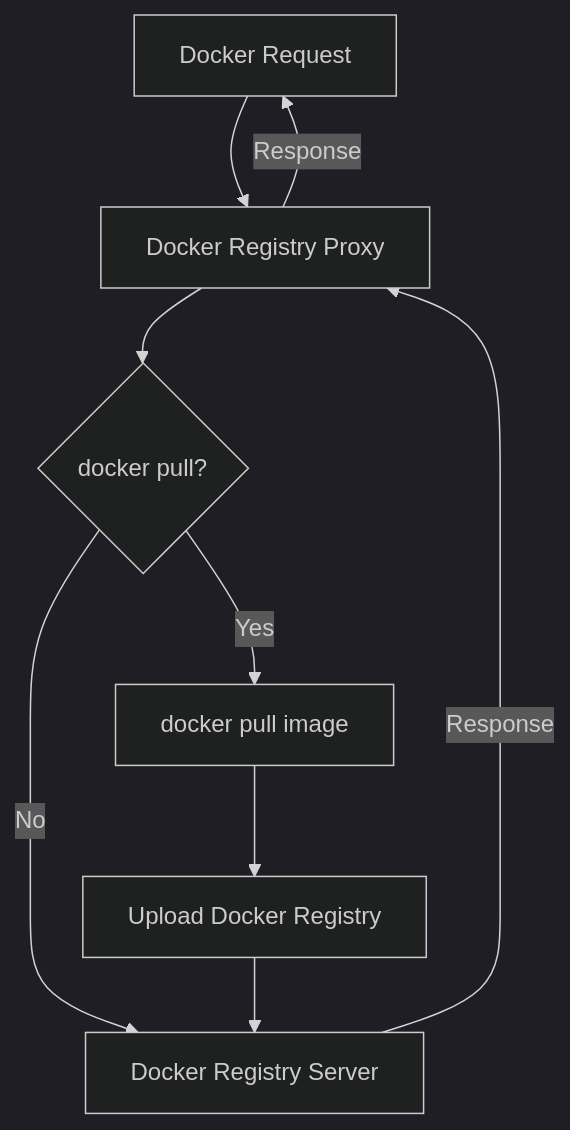
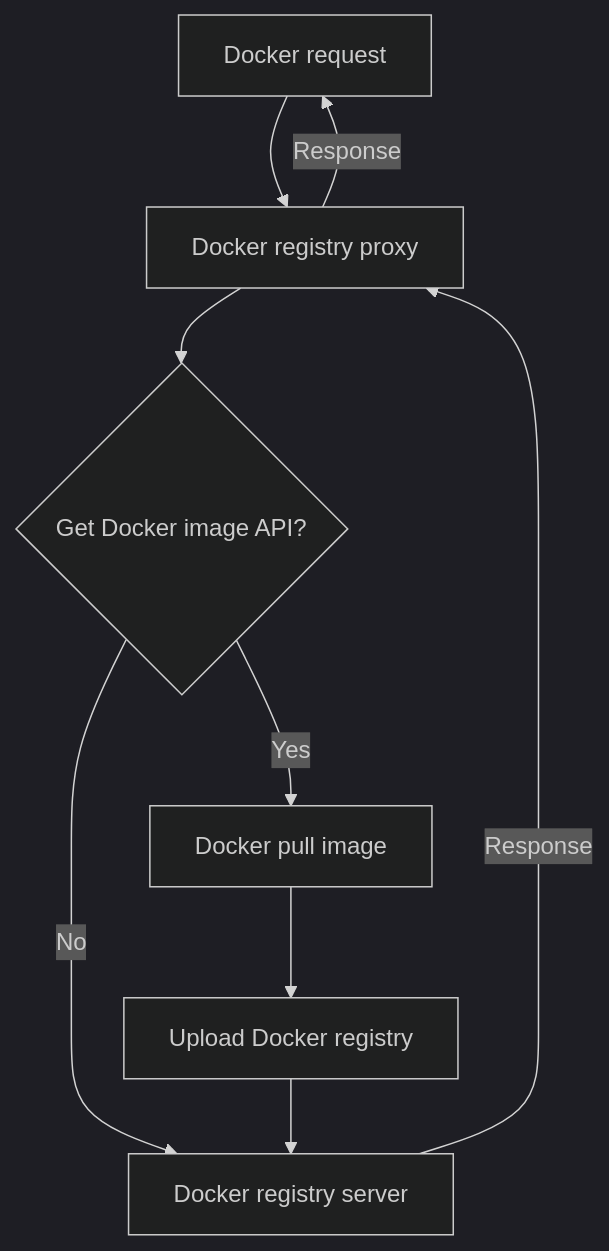
The diagram in README.md (shencangsheng/easy-registry-mirror), drawn with Mermaid (dark theme) before and after one commit. The commit also changed other lines of this file and 9 other files, not shown here.

````diff
--- a/README.md
+++ b/README.md
@@ -37,11 +43,11 @@
 ```mermaid
 graph TD;
-    A[Docker Request] --> B[Docker Registry Proxy];
-    B --> C{docker pull?};
-    C -- Yes --> D[docker pull image];
-    C -- No --> E[Docker Registry Server];
-    D --> F[Upload Docker Registry];
+    A[Docker request] --> B[Docker registry proxy];
+    B --> C{Get Docker image API?};
+    C -- Yes --> D[Docker pull image];
+    C -- No --> E[Docker registry server];
+    D --> F[Upload Docker registry];
     F --> E
     E -- Response --> B
     B -- Response --> A
 ```
````
